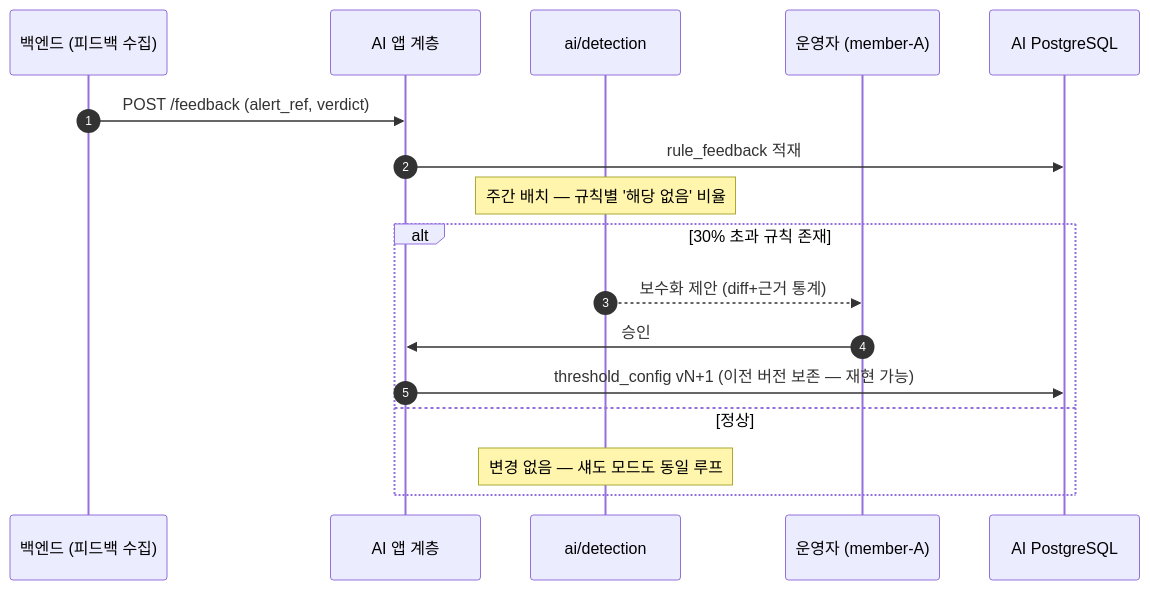
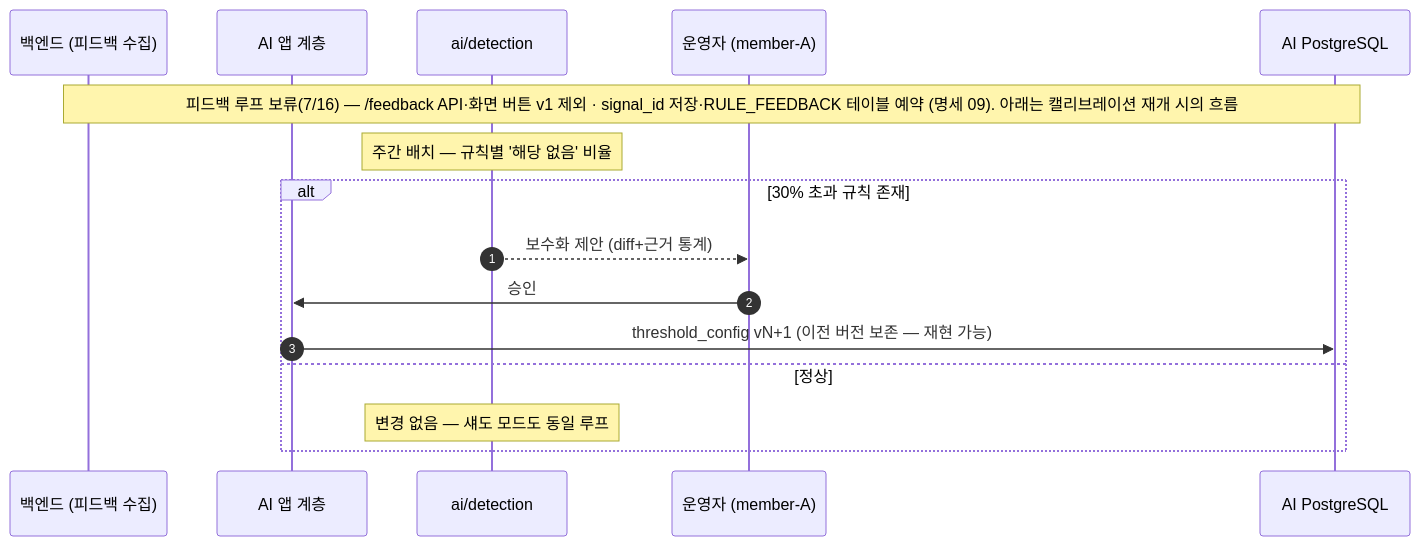
Before and after one commit to MTVS5-CheckOn/CheckOn-AI: the ninth of 12 diagrams in docs/part_a/02_design.md, drawn with Mermaid. The commit also changed other lines of this file and 5 other files, not shown here.

````diff
--- a/docs/part_a/02_design.md
+++ b/docs/part_a/02_design.md
@@ -237,19 +237,18 @@
 ```mermaid
 sequenceDiagram
   autonumber
   participant BE as 백엔드 (피드백 수집)
   participant API as AI 앱 계층
   participant DET as ai/detection
   participant OP as 운영자 (member-A)
   participant PG as AI PostgreSQL
-  BE->>API: POST /feedback (alert_ref, verdict)
-  API->>PG: rule_feedback 적재
+  Note over BE,PG: 피드백 루프 보류(7/16) — /feedback API·화면 버튼 v1 제외 · signal_id 저장·RULE_FEEDBACK 테이블 예약 (명세 09). 아래는 캘리브레이션 재개 시의 흐름
   Note over DET: 주간 배치 — 규칙별 '해당 없음' 비율
   alt 30% 초과 규칙 존재
     DET-->>OP: 보수화 제안 (diff+근거 통계)
     OP->>API: 승인
     API->>PG: threshold_config vN+1 (이전 버전 보존 — 재현 가능)
   else 정상
     Note over DET: 변경 없음 — 섀도 모드도 동일 루프
   end
 ```
````
